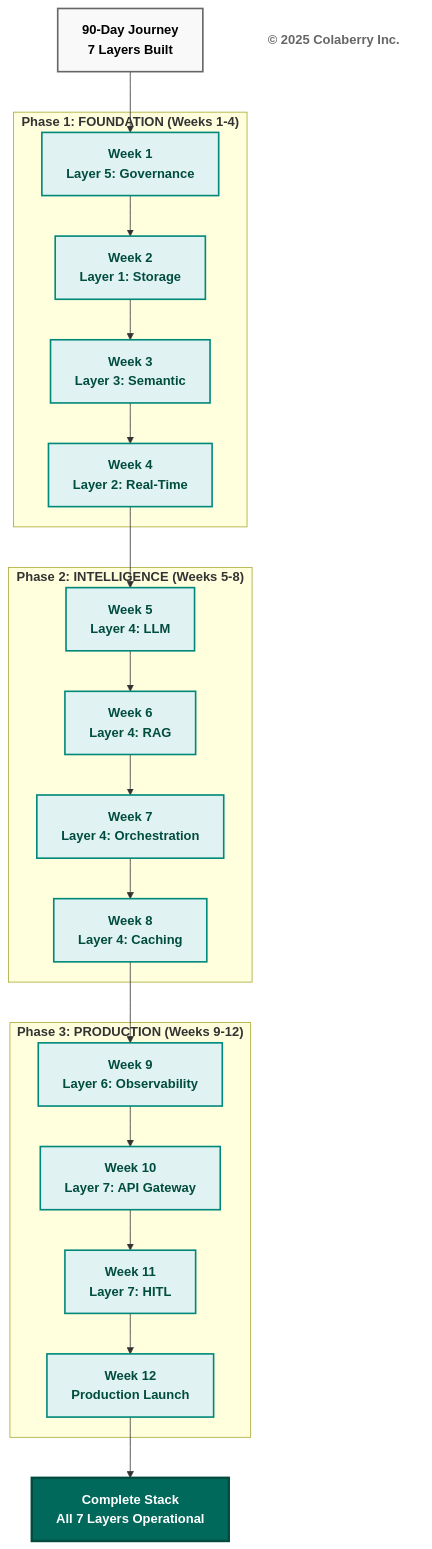
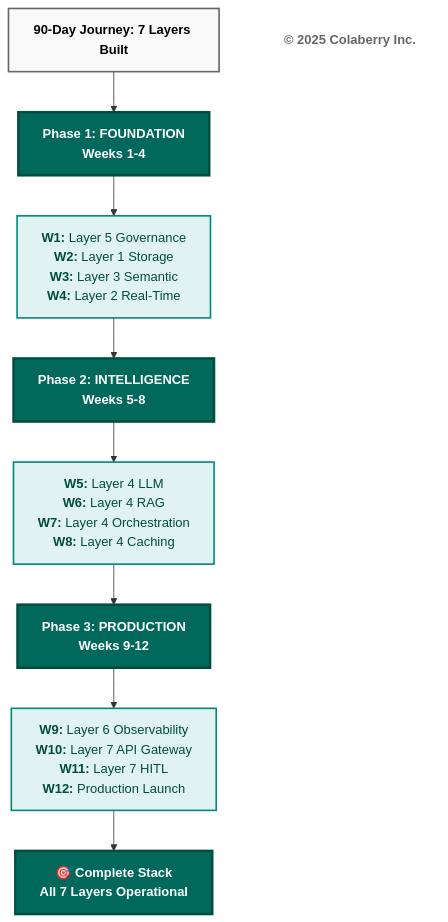
Before and after one commit to colaberry/enterprise-data-readiness-ai-agents: diagram 12 of 18 in chapter-03/chapter_3_complete.md, drawn with Mermaid. The commit also changed other lines of this file, not shown here.

First line of the commit message:
chapter 3 diagrams rendering issues fixed

````diff
--- a/chapter-03/chapter_3_complete.md
+++ b/chapter-03/chapter_3_complete.md
@@ -3463,57 +3440,31 @@
 ```mermaid
 graph TB
-    START["<b>90-Day Journey</b><br/><b>7 Layers Built</b>"]
+    START["<b>90-Day Journey: 7 Layers Built</b>"]
     
-    subgraph "<b>Phase 1: FOUNDATION (Weeks 1-4)</b>"
-        W1["<b>Week 1</b><br/><b>Layer 5: Governance</b>"]
-        W2["<b>Week 2</b><br/><b>Layer 1: Storage</b>"]
-        W3["<b>Week 3</b><br/><b>Layer 3: Semantic</b>"]
-        W4["<b>Week 4</b><br/><b>Layer 2: Real-Time</b>"]
-        W1 --> W2 --> W3 --> W4
-    end
+    P1["<b>Phase 1: FOUNDATION</b><br/><b>Weeks 1-4</b>"]
+    P2["<b>Phase 2: INTELLIGENCE</b><br/><b>Weeks 5-8</b>"]
+    P3["<b>Phase 3: PRODUCTION</b><br/><b>Weeks 9-12</b>"]
     
-    subgraph "<b>Phase 2: INTELLIGENCE (Weeks 5-8)</b>"
-        W5["<b>Week 5</b><br/><b>Layer 4: LLM</b>"]
-        W6["<b>Week 6</b><br/><b>Layer 4: RAG</b>"]
-        W7["<b>Week 7</b><br/><b>Layer 4: Orchestration</b>"]
-        W8["<b>Week 8</b><br/><b>Layer 4: Caching</b>"]
-        W5 --> W6 --> W7 --> W8
-    end
+    W1_4["<b>W1:</b> Layer 5 Governance<br/><b>W2:</b> Layer 1 Storage<br/><b>W3:</b> Layer 3 Semantic<br/><b>W4:</b> Layer 2 Real-Time"]
+    W5_8["<b>W5:</b> Layer 4 LLM<br/><b>W6:</b> Layer 4 RAG<br/><b>W7:</b> Layer 4 Orchestration<br/><b>W8:</b> Layer 4 Caching"]
+    W9_12["<b>W9:</b> Layer 6 Observability<br/><b>W10:</b> Layer 7 API Gateway<br/><b>W11:</b> Layer 7 HITL<br/><b>W12:</b> Production Launch"]
     
-    subgraph "<b>Phase 3: PRODUCTION (Weeks 9-12)</b>"
-        W9["<b>Week 9</b><br/><b>Layer 6: Observability</b>"]
-        W10["<b>Week 10</b><br/><b>Layer 7: API Gateway</b>"]
-        W11["<b>Week 11</b><br/><b>Layer 7: HITL</b>"]
-        W12["<b>Week 12</b><br/><b>Production Launch</b>"]
-        W9 --> W10 --> W11 --> W12
-    end
-    
-    END["<b>Complete Stack</b><br/><b>All 7 Layers Operational</b>"]
+    END["<b>🎯 Complete Stack</b><br/><b>All 7 Layers Operational</b>"]
     
     Copyright["<b>© 2025 Colaberry Inc.</b>"]
     
-    START --> W1
-    W4 --> W5
-    W8 --> W9
-    W12 --> END
+    START --> P1 --> W1_4
+    W1_4 --> P2 --> W5_8
+    W5_8 --> P3 --> W9_12
+    W9_12 --> END
     
     style START fill:#f9f9f9,stroke:#666666,stroke-width:2px,color:#000000
-    
-    style W1 fill:#e0f2f1,stroke:#00897b,stroke-width:2px,color:#004d40
-    style W2 fill:#e0f2f1,stroke:#00897b,stroke-width:2px,color:#004d40
-    style W3 fill:#e0f2f1,stroke:#00897b,stroke-width:2px,color:#004d40
-    style W4 fill:#e0f2f1,stroke:#00897b,stroke-width:2px,color:#004d40
-    
-    style W5 fill:#e0f2f1,stroke:#00897b,stroke-width:2px,color:#004d40
-    style W6 fill:#e0f2f1,stroke:#00897b,stroke-width:2px,color:#004d40
-    style W7 fill:#e0f2f1,stroke:#00897b,stroke-width:2px,color:#004d40
-    style W8 fill:#e0f2f1,stroke:#00897b,stroke-width:2px,color:#004d40
-    
-    style W9 fill:#e0f2f1,stroke:#00897b,stroke-width:2px,color:#004d40
-    style W10 fill:#e0f2f1,stroke:#00897b,stroke-width:2px,color:#004d40
-    style W11 fill:#e0f2f1,stroke:#00897b,stroke-width:2px,color:#004d40
-    style W12 fill:#e0f2f1,stroke:#00897b,stroke-width:2px,color:#004d40
-    
+    style P1 fill:#00695c,color:#ffffff,stroke:#004d40,stroke-width:3px
+    style P2 fill:#00695c,color:#ffffff,stroke:#004d40,stroke-width:3px
+    style P3 fill:#00695c,color:#ffffff,stroke:#004d40,stroke-width:3px
+    style W1_4 fill:#e0f2f1,stroke:#00897b,stroke-width:2px,color:#004d40
+    style W5_8 fill:#e0f2f1,stroke:#00897b,stroke-width:2px,color:#004d40
+    style W9_12 fill:#e0f2f1,stroke:#00897b,stroke-width:2px,color:#004d40
     style END fill:#00695c,color:#ffffff,stroke:#004d40,stroke-width:3px
     style Copyright fill:#ffffff,stroke:none,color:#666666
 ```
````
